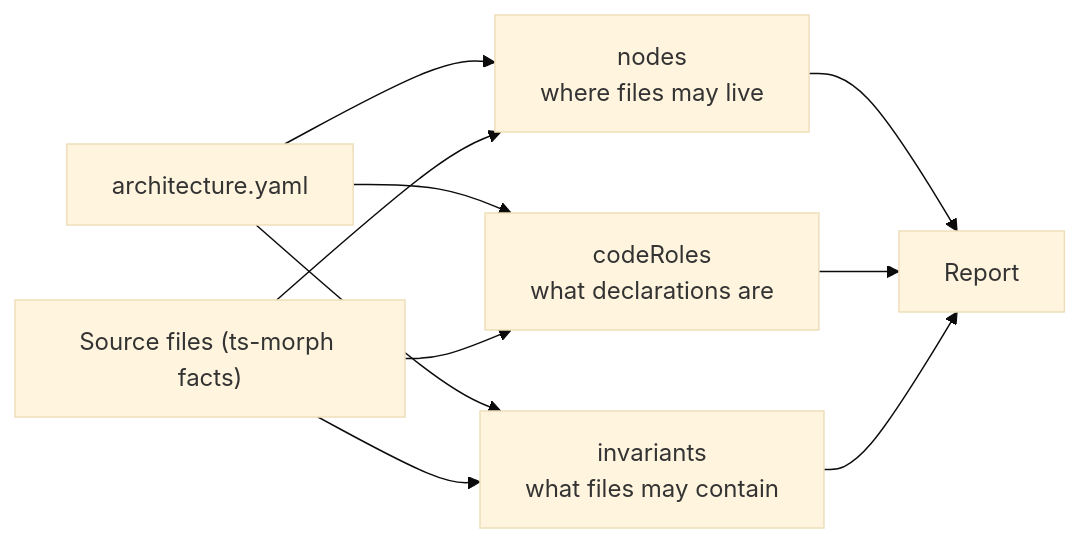
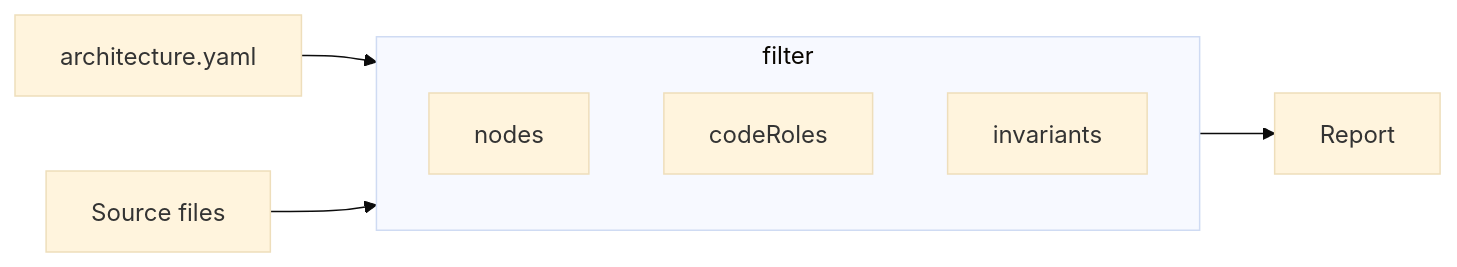
One commit to DrBoria/follow-architecture changed the diagram in README.md. Above: the diagram before and after it, drawn with Mermaid (base theme). The commit also changed other lines of this file and 112 other files, not shown here.

````diff
--- a/README.md
+++ b/README.md
@@ -16,12 +19,12 @@
 ```mermaid
 flowchart LR
-    Y["architecture.yaml"] --> N["nodes<br/>where files may live"]
-    Y --> R["codeRoles<br/>what declarations are"]
-    Y --> I["invariants<br/>what files may contain"]
-    F["Source files (ts-morph facts)"] --> N
-    F --> R
-    F --> I
-    N --> O["Report"]
-    R --> O
-    I --> O
+    Y["architecture.yaml"] --> F
+    S["Source files"] --> F
+    subgraph F["filter"]
+        direction TB
+        N["nodes"]
+        R["codeRoles"]
+        I["invariants"]
+    end
+    F --> O["Report"]
 ```
````
